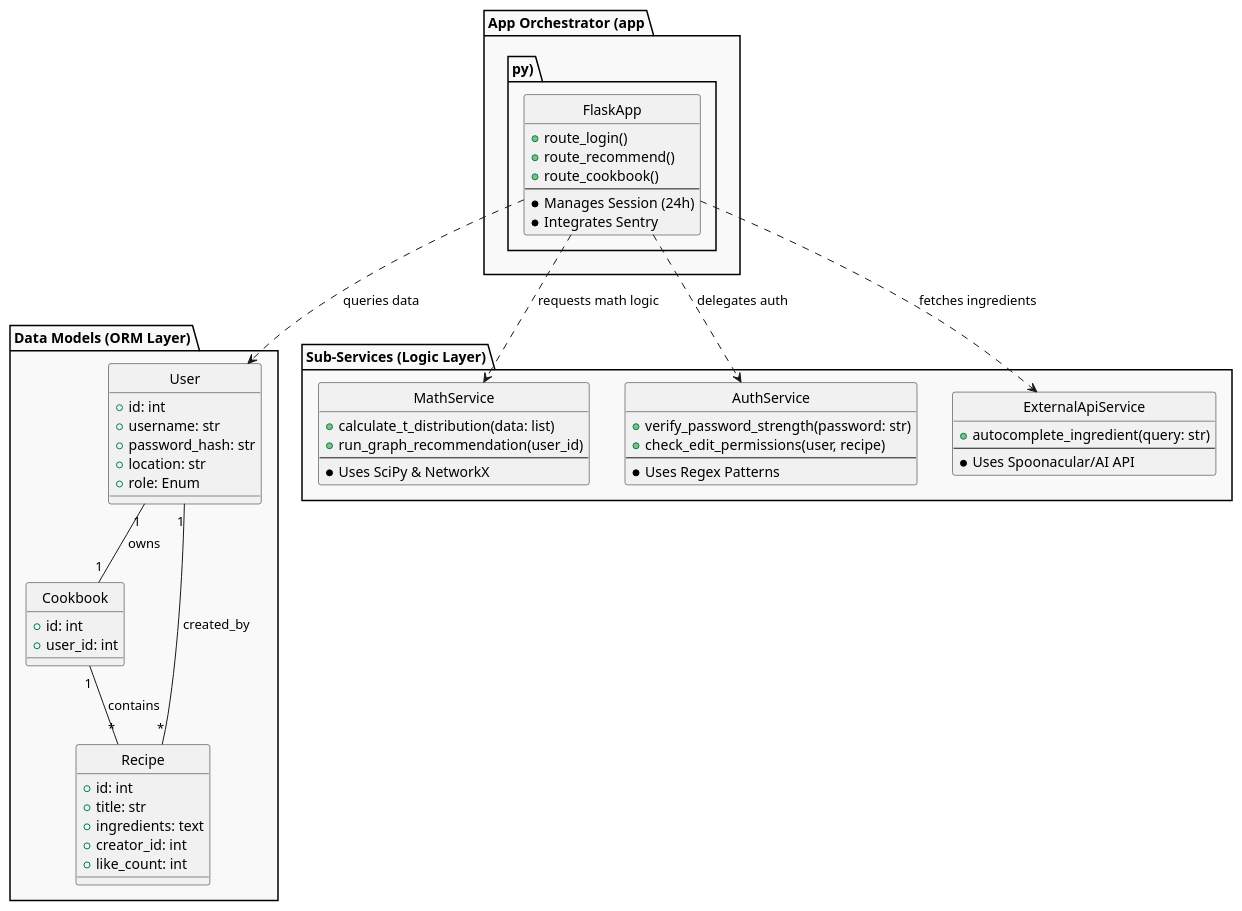
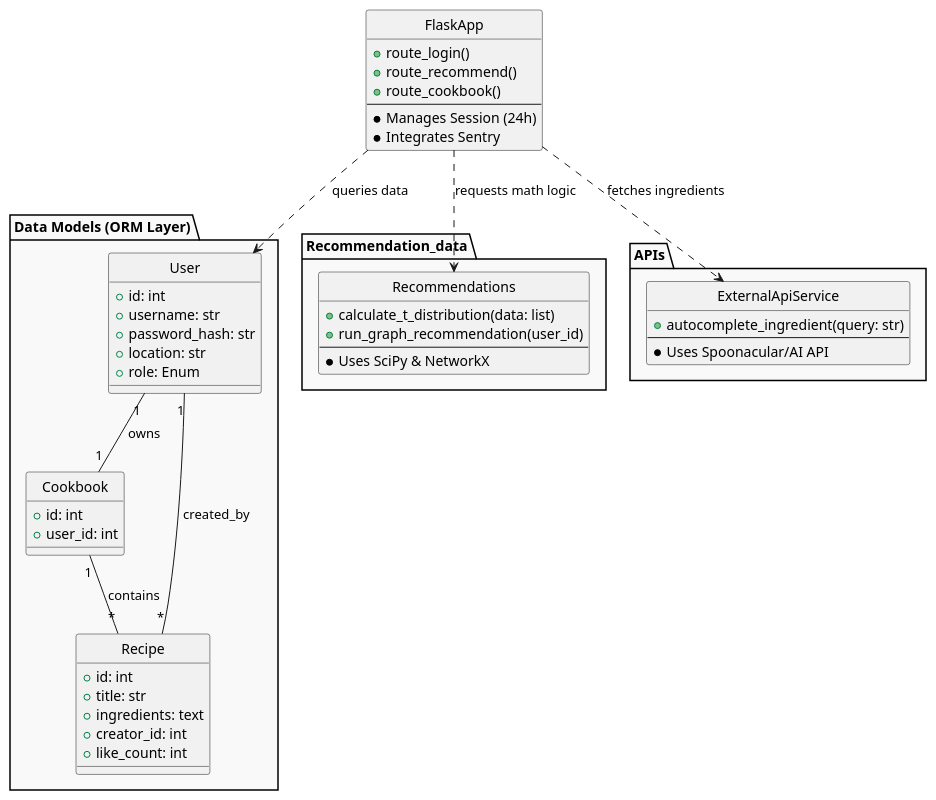
Before and after one commit to abishans23/UOttahack8-2026: the diagram in docs/Class_diagram.wsd, drawn with PlantUML.

Commit message:
Finished with class diagram

```diff
--- a/docs/Class_diagram.wsd
+++ b/docs/Class_diagram.wsd
@@ -1,71 +1,66 @@
 @startuml
 skinparam style strictuml
 skinparam PackageBackgroundColor #f9f9f9
 
-package "App Orchestrator (app.py)" {
-  class FlaskApp << (C, #FFAAAA) >> {
+
+
+class FlaskApp << (C, #FFAAAA) >> {
     + route_login()
     + route_recommend()
     + route_cookbook()
     --
     * Manages Session (24h)
     * Integrates Sentry
-  }
 }
 
 package "Data Models (ORM Layer)" {
   class User {
     + id: int
     + username: str
     + password_hash: str
     + location: str
     + role: Enum
   }
 
   class Cookbook {
     + id: int
     + user_id: int
   }
 
   class Recipe {
     + id: int
     + title: str
     + ingredients: text
     + creator_id: int
     + like_count: int
   }
 }
 
-package "Sub-Services (Logic Layer)" {
-  class MathService {
+package "Recommendation_data" {
+  class Recommendations {
     + calculate_t_distribution(data: list)
     + run_graph_recommendation(user_id)
     --
     * Uses SciPy & NetworkX
   }
 
-  class AuthService {
-    + verify_password_strength(password: str)
-    + check_edit_permissions(user, recipe)
-    --
-    * Uses Regex Patterns
-  }
+}
 
+package "APIs"{
   class ExternalApiService {
     + autocomplete_ingredient(query: str)
     --
     * Uses Spoonacular/AI API
   }
 }
 
 ' Relationships
 User "1" -- "1" Cookbook : owns
 Cookbook "1" -- "*" Recipe : contains
 Recipe "*" -- "1" User : created_by
 
-FlaskApp ..> AuthService : delegates auth
-FlaskApp ..> MathService : requests math logic
+FlaskApp ..> Recommendations : requests math logic
 FlaskApp ..> ExternalApiService : fetches ingredients
 FlaskApp ..> User : queries data
 
 @enduml
```
